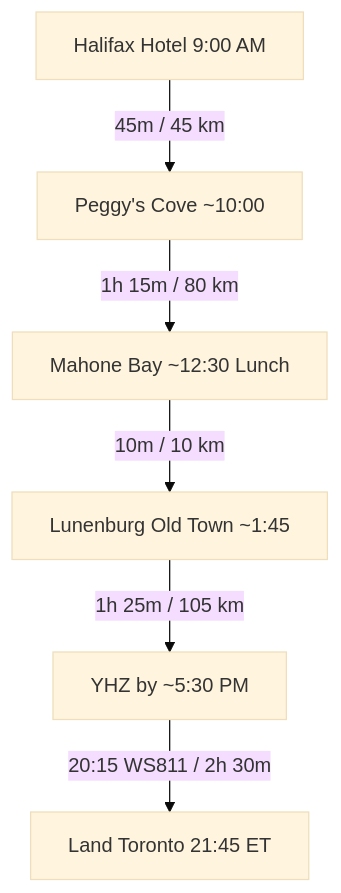
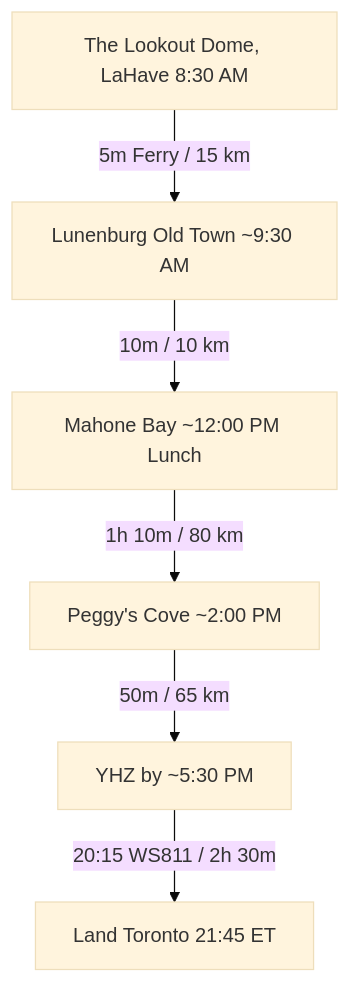
One commit to iammzz/novascotia-2026 changed the diagram in docs/day5_halifax_peggys_cove.md. Above: the diagram before and after it, drawn with Mermaid (base theme). The commit also changed other lines of this file and 12 other files, not shown here.

Commit message:
Consume hotel receipts for Oct 9 (Moxy Halifax), Oct 11 (Chéticamp Suite), and Oct 13 (LaHave Lookout Dome)

````diff
--- a/docs/day5_halifax_peggys_cove.md
+++ b/docs/day5_halifax_peggys_cove.md
@@ -34,8 +35,8 @@
 ```mermaid
 graph TD
-    A[Halifax Hotel 9:00 AM] -->|45m / 45 km| B[Peggy's Cove ~10:00]
-    B -->|1h 15m / 80 km| C[Mahone Bay ~12:30 Lunch]
-    C -->|10m / 10 km| D[Lunenburg Old Town ~1:45]
-    D -->|1h 25m / 105 km| E[YHZ by ~5:30 PM]
+    A[The Lookout Dome, LaHave 8:30 AM] -->|5m Ferry / 15 km| B[Lunenburg Old Town ~9:30 AM]
+    B -->|10m / 10 km| C[Mahone Bay ~12:00 PM Lunch]
+    C -->|1h 10m / 80 km| D[Peggy's Cove ~2:00 PM]
+    D -->|50m / 65 km| E[YHZ by ~5:30 PM]
     E -->|20:15 WS811 / 2h 30m| F[Land Toronto 21:45 ET]
 ```
````
